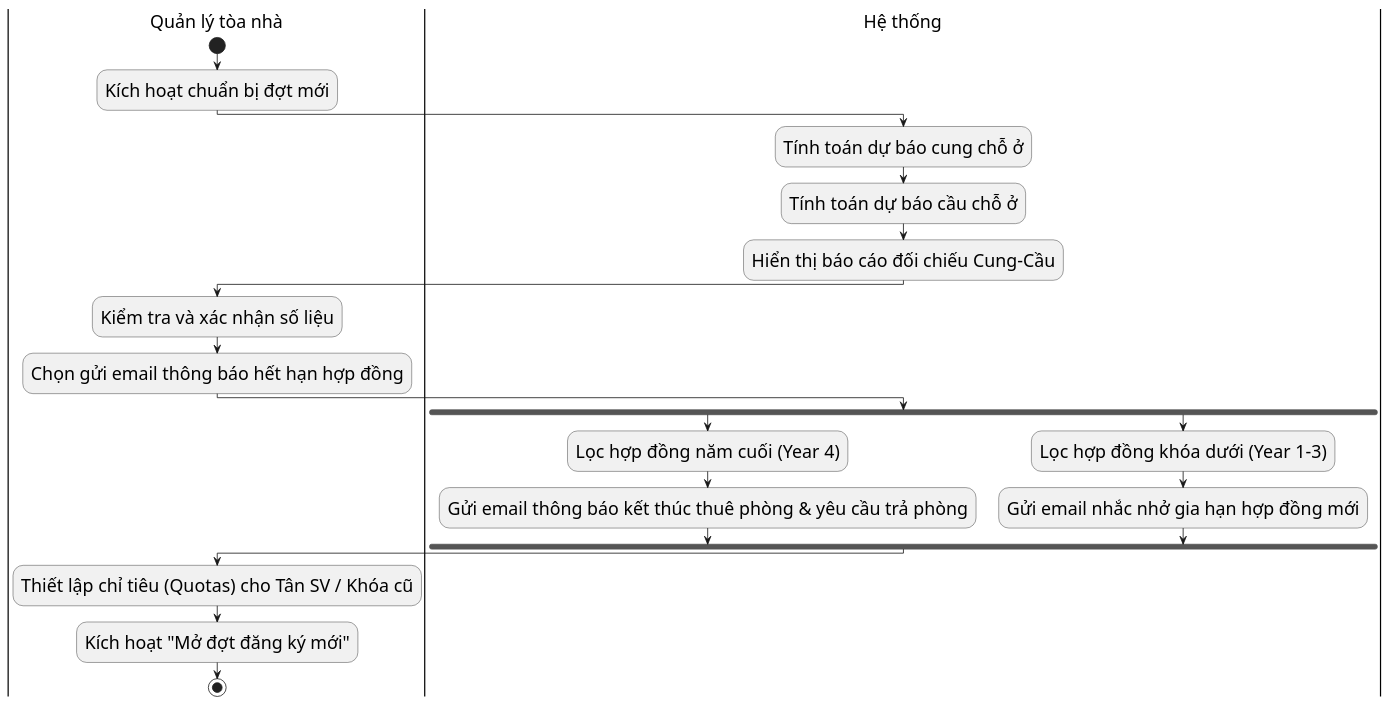
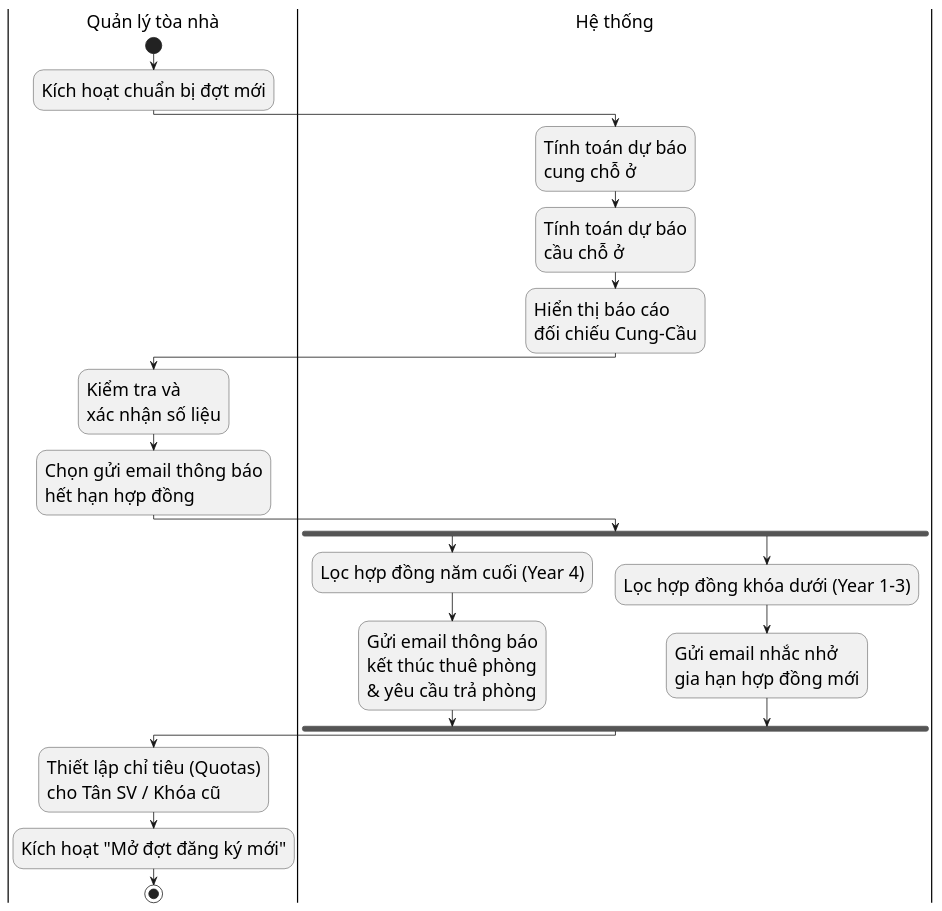
The diagram in diagrams/nhomhosodangky/campaign_launcher_activity.puml (s0nbuildtech287/dormitory-frontend), drawn with PlantUML before and after one commit. The commit also changed 4 other files, not shown here.

```diff
--- a/diagrams/nhomhosodangky/campaign_launcher_activity.puml
+++ b/diagrams/nhomhosodangky/campaign_launcher_activity.puml
@@ -1,26 +1,26 @@
 @startuml "Campaign Launcher Activity"
 skinparam defaultFontSize 22
 skinparam defaultFontName "Times New Roman"
 |Quản lý tòa nhà|
 start
 :Kích hoạt chuẩn bị đợt mới;
 |Hệ thống|
-:Tính toán dự báo cung chỗ ở;
-:Tính toán dự báo cầu chỗ ở;
-:Hiển thị báo cáo đối chiếu Cung-Cầu;
+:Tính toán dự báo\ncung chỗ ở;
+:Tính toán dự báo\ncầu chỗ ở;
+:Hiển thị báo cáo\nđối chiếu Cung-Cầu;
 |Quản lý tòa nhà|
-:Kiểm tra và xác nhận số liệu;
-:Chọn gửi email thông báo hết hạn hợp đồng;
+:Kiểm tra và\nxác nhận số liệu;
+:Chọn gửi email thông báo\nhết hạn hợp đồng;
 |Hệ thống|
 fork
   :Lọc hợp đồng năm cuối (Year 4);
-  :Gửi email thông báo kết thúc thuê phòng & yêu cầu trả phòng;
+  :Gửi email thông báo\nkết thúc thuê phòng\n& yêu cầu trả phòng;
 fork again
   :Lọc hợp đồng khóa dưới (Year 1-3);
-  :Gửi email nhắc nhở gia hạn hợp đồng mới;
+  :Gửi email nhắc nhở\ngia hạn hợp đồng mới;
 end fork
 |Quản lý tòa nhà|
-:Thiết lập chỉ tiêu (Quotas) cho Tân SV / Khóa cũ;
+:Thiết lập chỉ tiêu (Quotas)\ncho Tân SV / Khóa cũ;
 :Kích hoạt "Mở đợt đăng ký mới";
 stop
 @enduml
```
